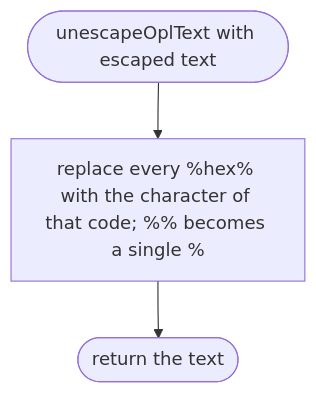
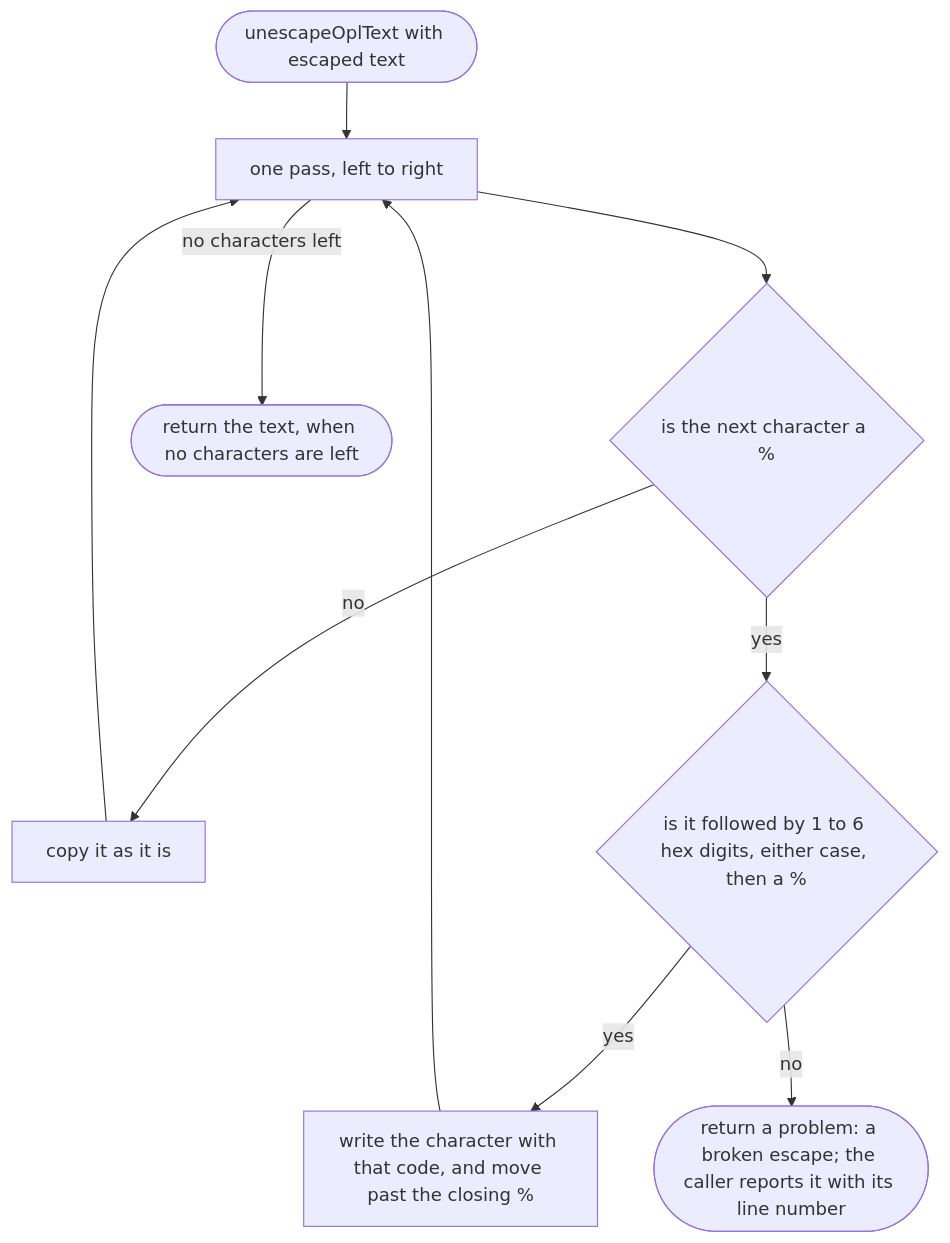
Before and after one commit to NewDara-Star/world-engine: the fifth of 5 diagrams in docs/designs/tools/bake/opl.md, drawn with Mermaid. The commit also changed other lines of this file and 41 other files, not shown here.

````diff
--- a/docs/designs/tools/bake/opl.md
+++ b/docs/designs/tools/bake/opl.md
@@ -103,7 +114,17 @@
 ```mermaid
 flowchart TD
   s(["unescapeOplText with escaped text"])
-  a["replace every %hex% with the character of that code; %% becomes a single %"]
-  b(["return the text"])
+  a["one pass, left to right"]
+  b{"is the next character a %"}
+  c["copy it as it is"]
+  d{"is it followed by 1 to 6 hex digits, either case, then a %"}
+  e["write the character with that code, and move past the closing %"]
+  f(["return a problem: a broken escape; the caller reports it with its line number"])
+  g(["return the text, when no characters are left"])
   s --> a --> b
+  b -->|"no"| c --> a
+  b -->|"yes"| d
+  d -->|"yes"| e --> a
+  d -->|"no"| f
+  a -->|"no characters left"| g
 ```
````
